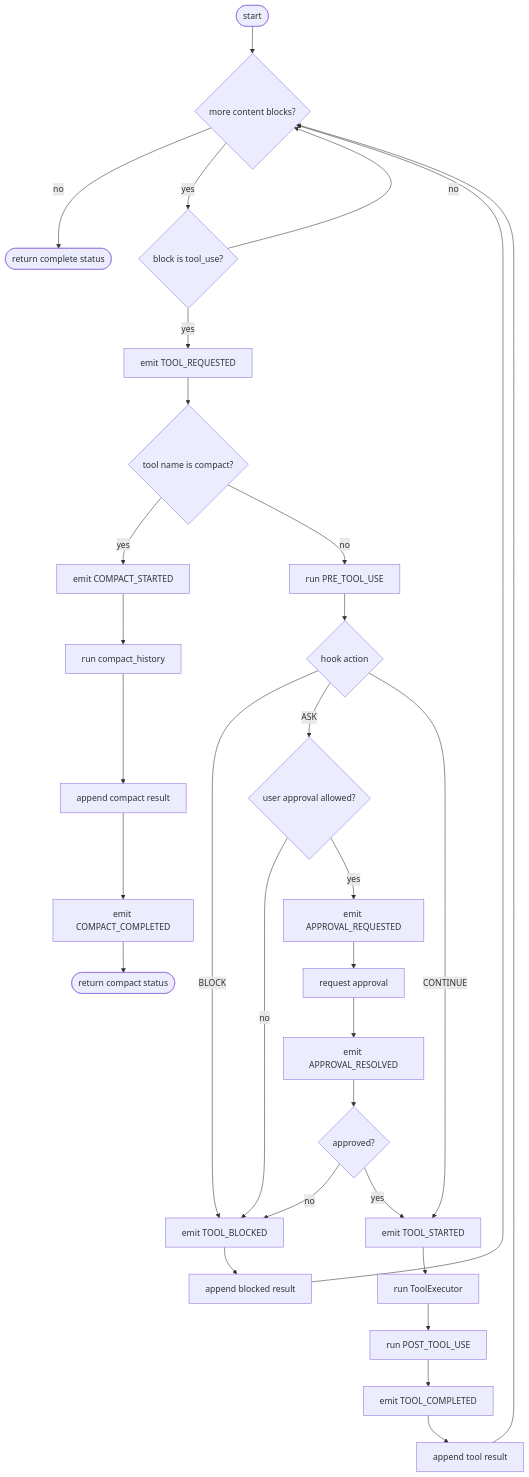
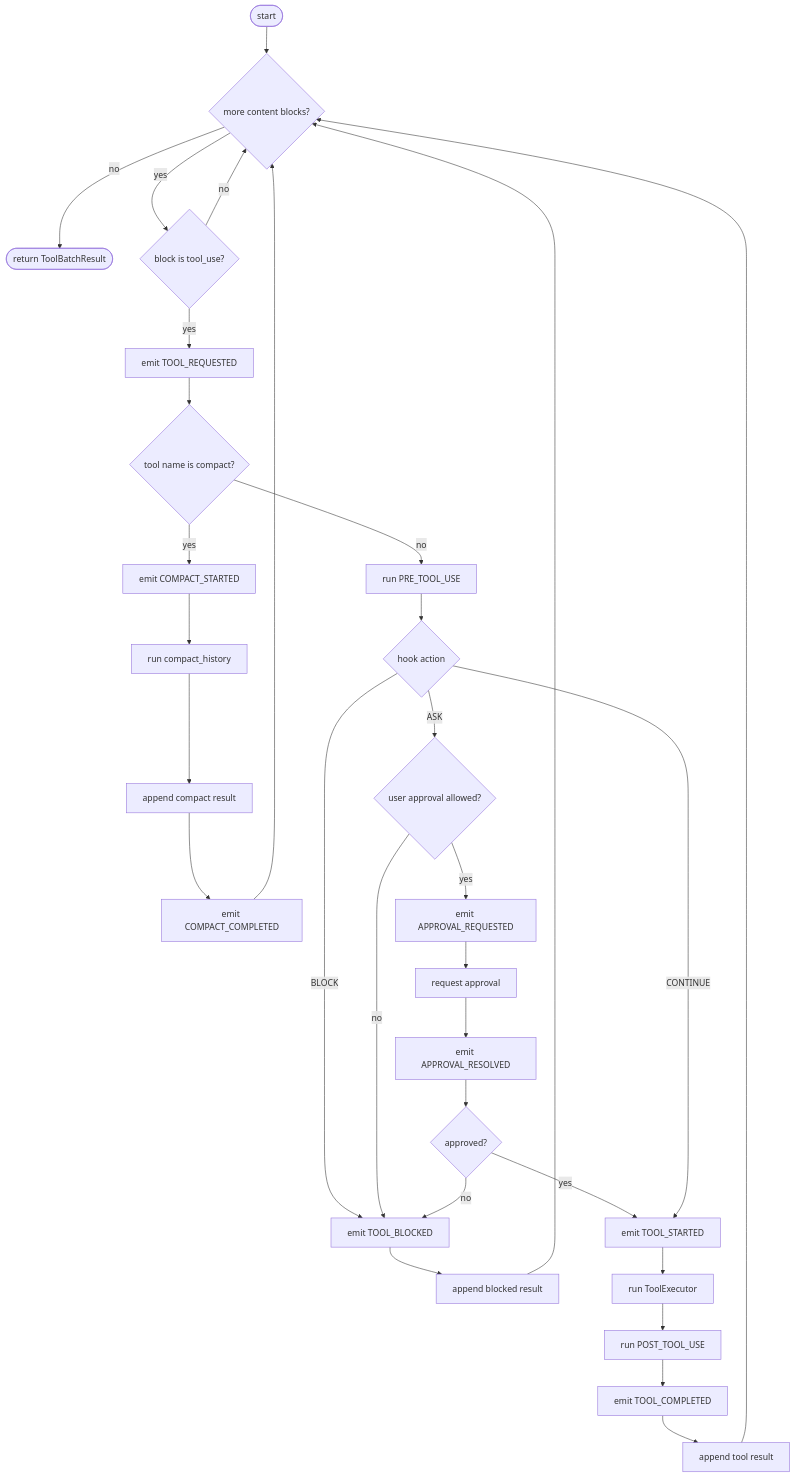
Before and after one commit to shiphex/lite_harness: the second of 4 diagrams in doc/architecture/agent_loop.md, drawn with Mermaid. The commit also changed other lines of this file and 3 other files, not shown here.

````diff
--- a/doc/architecture/agent_loop.md
+++ b/doc/architecture/agent_loop.md
@@ -244,33 +254,33 @@
 ```mermaid
 flowchart TD
     A([start]) --> B{more content blocks?}
-    B -->|no| Y([return complete status])
+    B -->|no| Y([return ToolBatchResult])
     B -->|yes| C{block is tool_use?}
     C -->|no| B
     C -->|yes| D[emit TOOL_REQUESTED]
     D --> E{tool name is compact?}
     E -->|yes| F[emit COMPACT_STARTED]
     F --> G[run compact_history]
     G --> H[append compact result]
     H --> I[emit COMPACT_COMPLETED]
-    I --> J([return compact status])
+    I --> B
     E -->|no| K[run PRE_TOOL_USE]
     K --> L{hook action}
     L -->|BLOCK| M[emit TOOL_BLOCKED]
     L -->|ASK| N{user approval allowed?}
     N -->|no| M
     N -->|yes| O[emit APPROVAL_REQUESTED]
     O --> P[request approval]
     P --> Q[emit APPROVAL_RESOLVED]
     Q --> R{approved?}
     R -->|no| M
     R -->|yes| S[emit TOOL_STARTED]
     L -->|CONTINUE| S
     M --> T[append blocked result]
     T --> B
     S --> U[run ToolExecutor]
     U --> V[run POST_TOOL_USE]
     V --> W[emit TOOL_COMPLETED]
     W --> X[append tool result]
     X --> B
 ```
````
